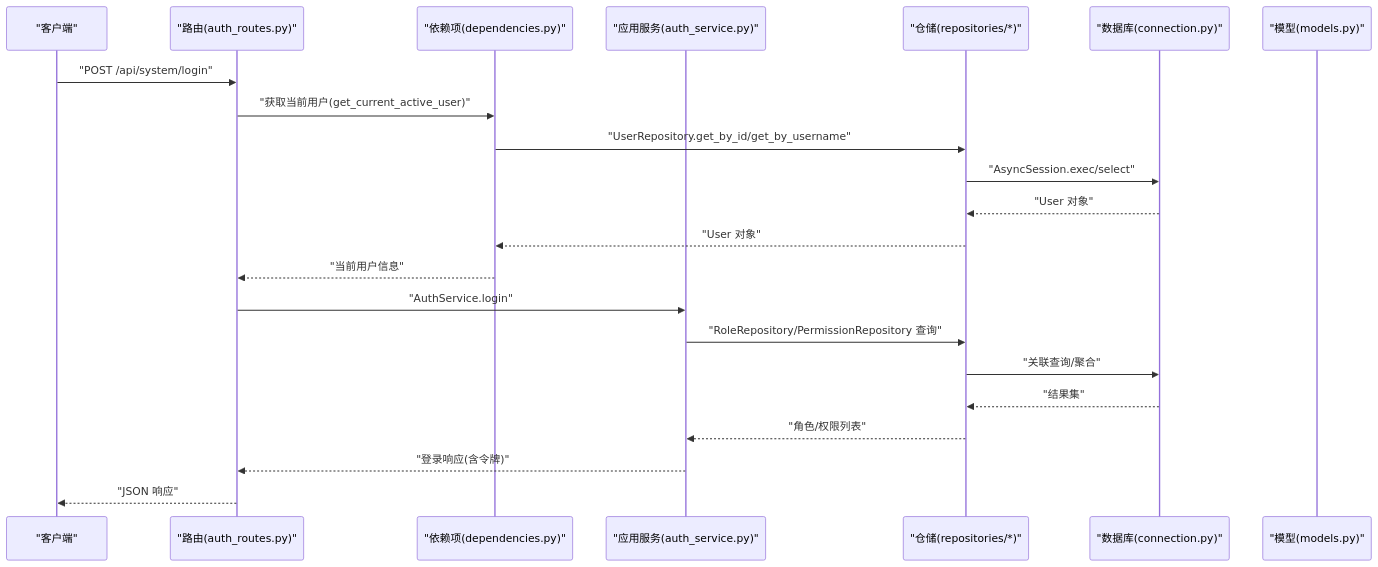
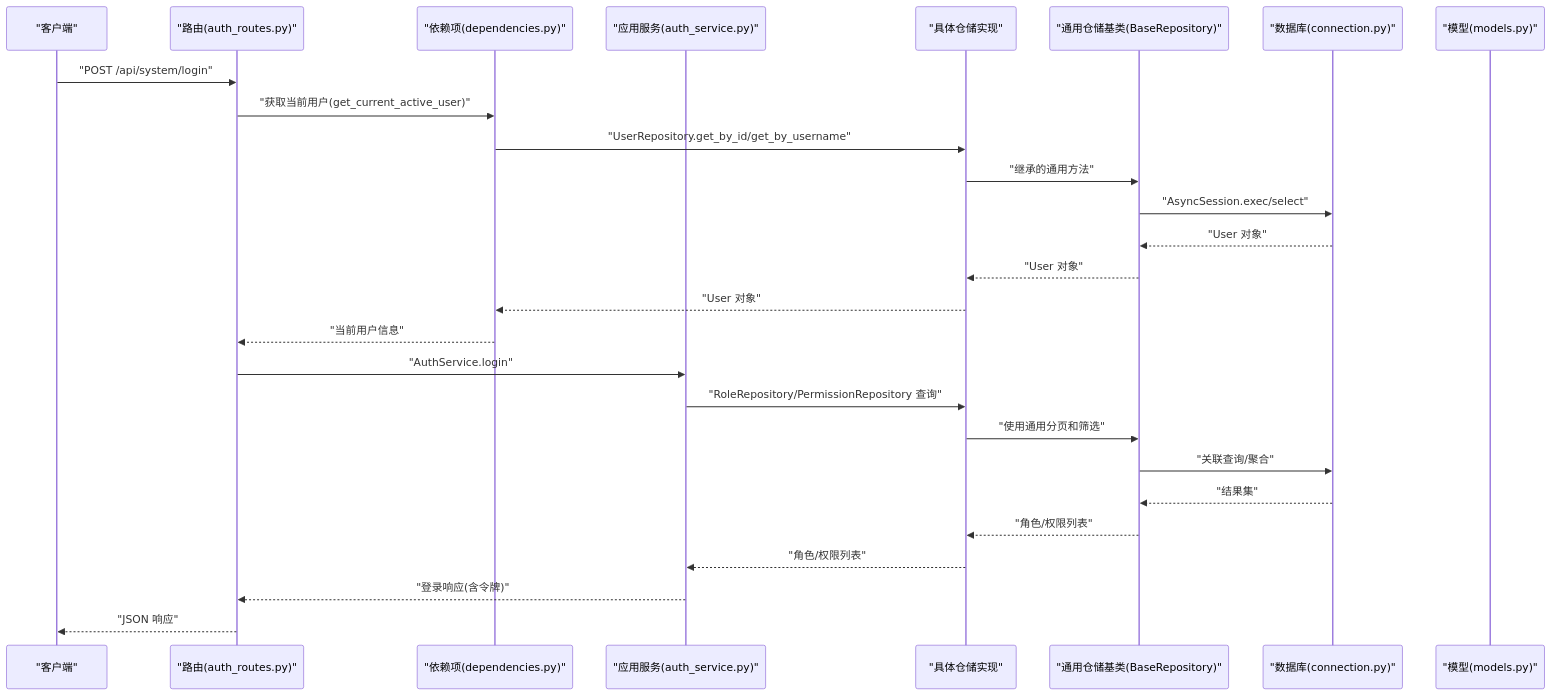
One commit to taoweidong/Hello-FastApi changed the second of 7 diagrams in .qoder/repowiki/zh/content/后端架构设计/DDD 分层架构详解/基础设施层（Data Access）.md. Above: the diagram before and after it, drawn with Mermaid. The commit also changed other lines of this file and 11 other files, not shown here.

````diff
--- a/.qoder/repowiki/zh/content/后端架构设计/DDD 分层架构详解/基础设施层（Data Access）.md
+++ b/.qoder/repowiki/zh/content/后端架构设计/DDD 分层架构详解/基础设施层（Data Access）.md
@@ -104,24 +122,29 @@
 ```mermaid
 sequenceDiagram
 participant Client as "客户端"
 participant API as "路由(auth_routes.py)"
 participant Dep as "依赖项(dependencies.py)"
 participant Svc as "应用服务(auth_service.py)"
-participant Repo as "仓储(repositories/*)"
+participant Repo as "具体仓储实现"
+participant BaseRepo as "通用仓储基类(BaseRepository)"
 participant DB as "数据库(connection.py)"
 participant Model as "模型(models.py)"
 Client->>API : "POST /api/system/login"
 API->>Dep : "获取当前用户(get_current_active_user)"
 Dep->>Repo : "UserRepository.get_by_id/get_by_username"
-Repo->>DB : "AsyncSession.exec/select"
-DB-->>Repo : "User 对象"
+Repo->>BaseRepo : "继承的通用方法"
+BaseRepo->>DB : "AsyncSession.exec/select"
+DB-->>BaseRepo : "User 对象"
+BaseRepo-->>Repo : "User 对象"
 Repo-->>Dep : "User 对象"
 Dep-->>API : "当前用户信息"
 API->>Svc : "AuthService.login"
 Svc->>Repo : "RoleRepository/PermissionRepository 查询"
-Repo->>DB : "关联查询/聚合"
-DB-->>Repo : "结果集"
+Repo->>BaseRepo : "使用通用分页和筛选"
+BaseRepo->>DB : "关联查询/聚合"
+DB-->>BaseRepo : "结果集"
+BaseRepo-->>Repo : "角色/权限列表"
 Repo-->>Svc : "角色/权限列表"
 Svc-->>API : "登录响应(含令牌)"
 API-->>Client : "JSON 响应"
 ```
````
